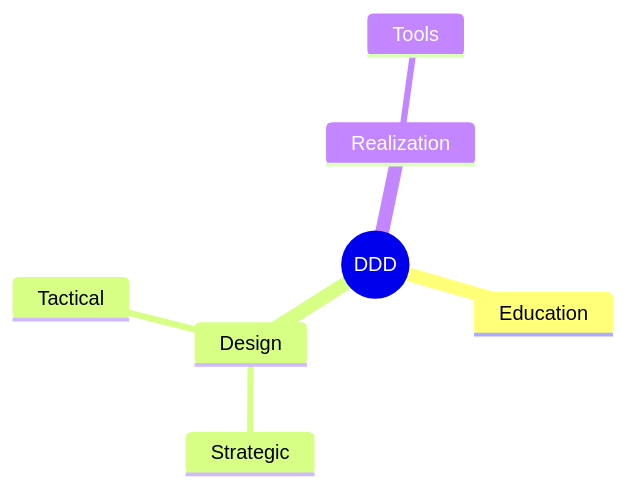
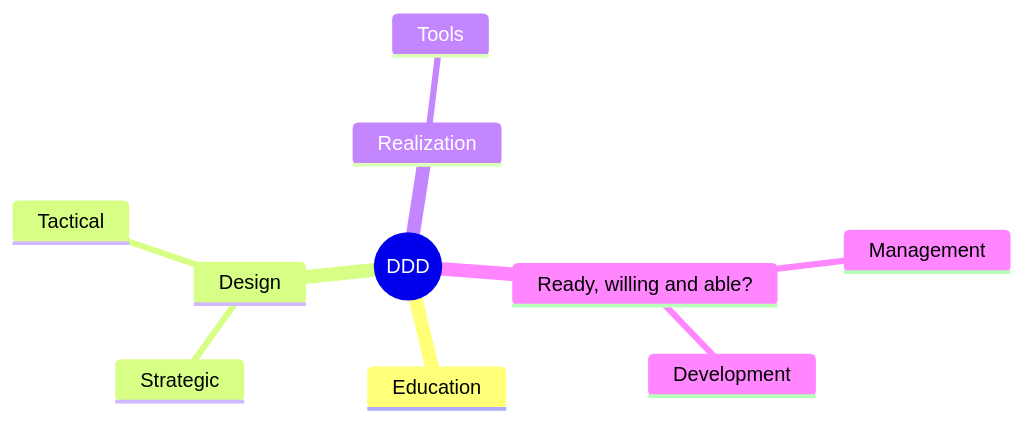
One commit to saojug/DDD changed the second of 3 diagrams in README.md. Above: the diagram before and after it, drawn with Mermaid. The commit also changed other lines of this file, not shown here.

````diff
--- a/README.md
+++ b/README.md
@@ -4,10 +15,13 @@
 ```mermaid
 mindmap
   root((DDD))
     Education
     Design
       Strategic
       Tactical
     Realization
       Tools
+    Ready, willing and able?
+      Management
+      Development
 ```
````
